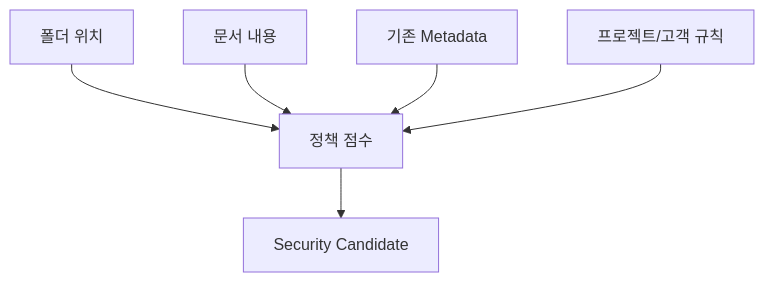
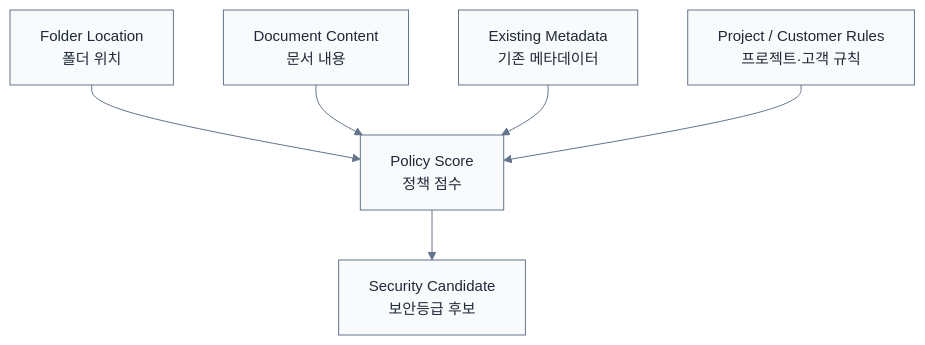
Before and after one commit to hori5000/Rulmera-OPA: the second of 2 diagrams in rulmera-enterprise-knowledge/20-설계/07-지속-지식흡수-운영설계.md, drawn with Mermaid. The commit also changed other lines of this file and 63 other files, not shown here.

````diff
--- a/rulmera-enterprise-knowledge/20-설계/07-지속-지식흡수-운영설계.md
+++ b/rulmera-enterprise-knowledge/20-설계/07-지속-지식흡수-운영설계.md
@@ -110,8 +116,9 @@
 ```mermaid
+%%{init: {"theme":"base","themeVariables":{"primaryColor":"#F8FAFC","primaryTextColor":"#1F2937","primaryBorderColor":"#64748B","lineColor":"#64748B","secondaryColor":"#EAF4FF","tertiaryColor":"#EAFBF2","clusterBkg":"#F8FAFC","clusterBorder":"#CBD5E1","fontSize":"15px"}} }%%
 flowchart TB
-  F[폴더 위치] --> SCORE[정책 점수]
-  C[문서 내용] --> SCORE
-  M[기존 Metadata] --> SCORE
-  P[프로젝트/고객 규칙] --> SCORE
-  SCORE --> SUG[Security Candidate]
+  F[Folder Location<br/>폴더 위치] --> SCORE[Policy Score<br/>정책 점수]
+  C[Document Content<br/>문서 내용] --> SCORE
+  M[Existing Metadata<br/>기존 메타데이터] --> SCORE
+  P[Project / Customer Rules<br/>프로젝트·고객 규칙] --> SCORE
+  SCORE --> SUG[Security Candidate<br/>보안등급 후보]
 ```
````
